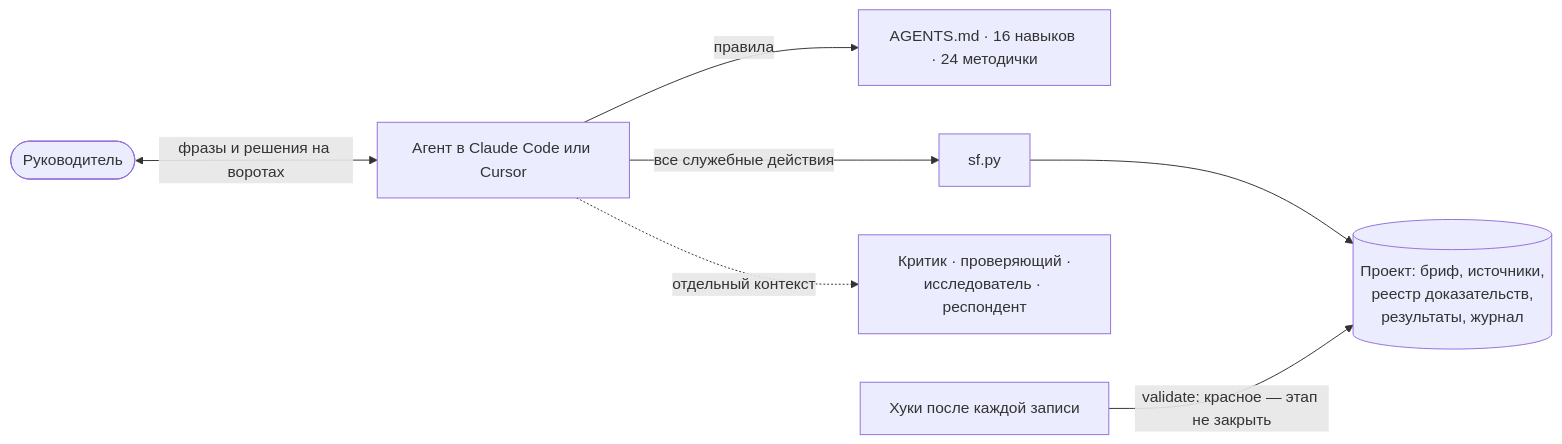
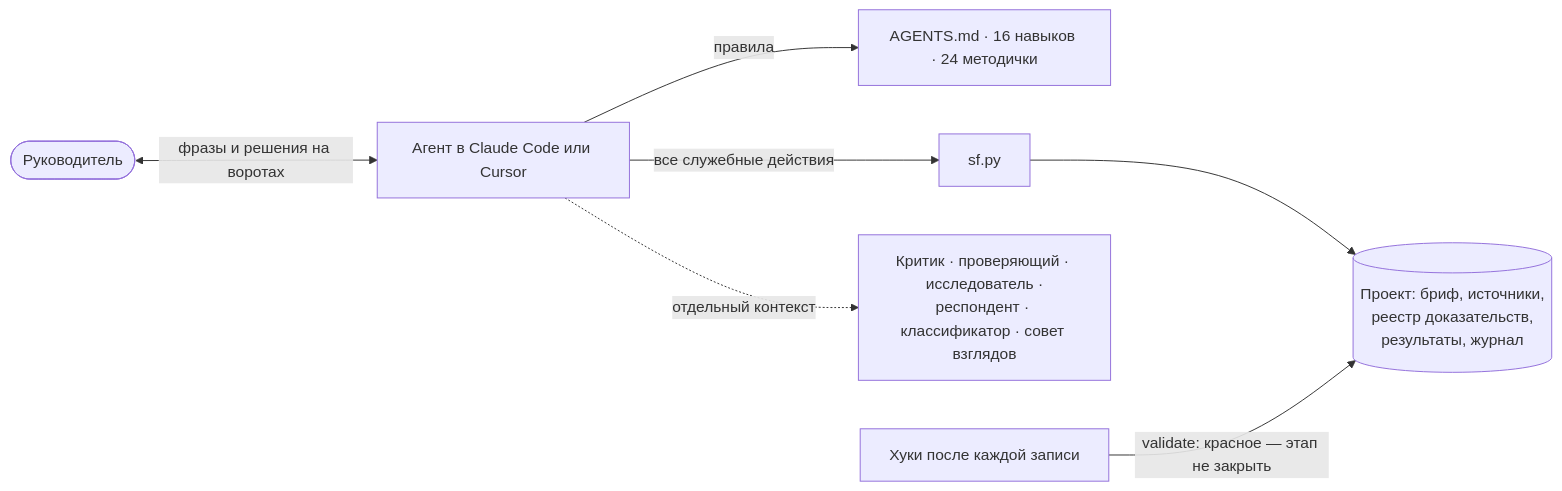
Before and after one commit to marrxse/product-factory-strategist: the diagram in README.md, drawn with Mermaid. The commit also changed 1 other file, not shown here.

Commit message:
docs: схема архитектуры в mermaid — все 6 субагентов, проверки кодом, запрос данных; README — полный список субагентов

````diff
--- a/README.md
+++ b/README.md
@@ -101,9 +101,9 @@
 ```mermaid
 flowchart LR
     H([Руководитель]) <-->|фразы и решения на воротах| A[Агент в Claude Code или Cursor]
     A -->|правила| R[AGENTS.md · 16 навыков · 24 методички]
     A -->|все служебные действия| S[sf.py]
     S --> P[(Проект: бриф, источники,<br/>реестр доказательств,<br/>результаты, журнал)]
-    A -.->|отдельный контекст| C[Критик · проверяющий ·<br/>исследователь · респондент]
+    A -.->|отдельный контекст| C[Критик · проверяющий · исследователь ·<br/>респондент · классификатор · совет взглядов]
     K[Хуки после каждой записи] -->|validate: красное — этап не закрыть| P
 ```
````
